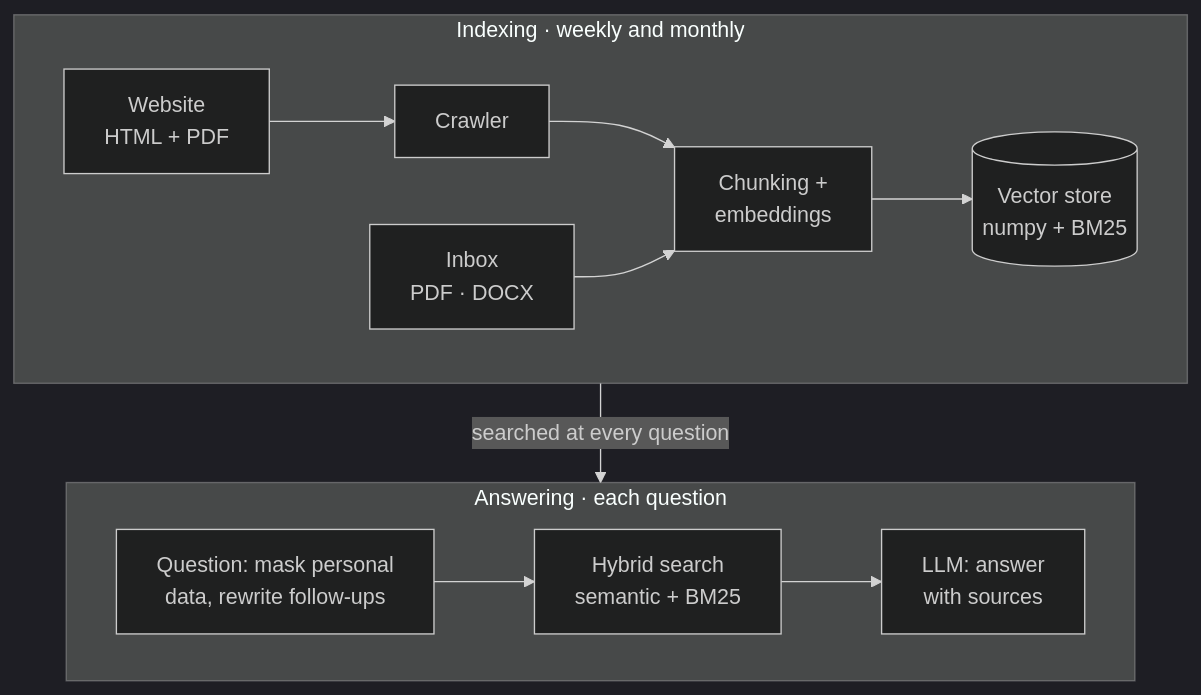
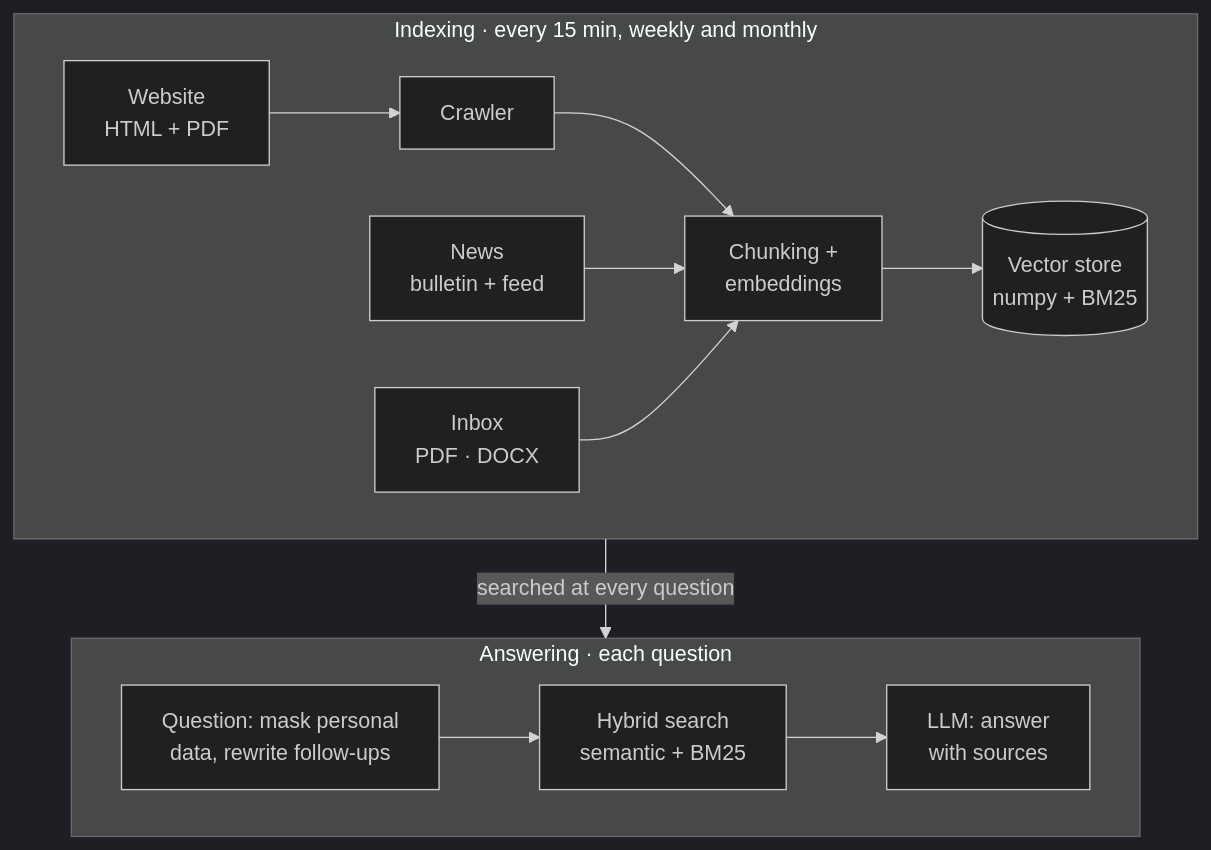
The diagram in README.md (Antonio-Prado/zautte), drawn with Mermaid (dark theme) before and after one commit. The commit also changed other lines of this file, not shown here.

Commit message:
docs: README — near real-time news in the «How it works» diagram (new news → indexing flow, title with «every 15 min»), in the sentence under the diagram and in the «In production» section

````diff
--- a/README.md
+++ b/README.md
@@ -55,13 +55,14 @@
 ```mermaid
 flowchart TB
-    subgraph IDX["Indexing · weekly and monthly"]
+    subgraph IDX["Indexing · every 15 min, weekly and monthly"]
         direction LR
         site["Website<br/>HTML + PDF"] --> crawler["Crawler"] --> indexer["Chunking +<br/>embeddings"] --> store[("Vector store<br/>numpy + BM25")]
+        news["News<br/>bulletin + feed"] --> indexer
         inbox["Inbox<br/>PDF · DOCX"] --> indexer
     end
     subgraph ANS["Answering · each question"]
         direction LR
         prep["Question: mask personal<br/>data, rewrite follow-ups"] --> search["Hybrid search<br/>semantic + BM25"] --> llm["LLM: answer<br/>with sources"]
     end
     IDX -- "searched at every question" --> ANS
 ```
````
